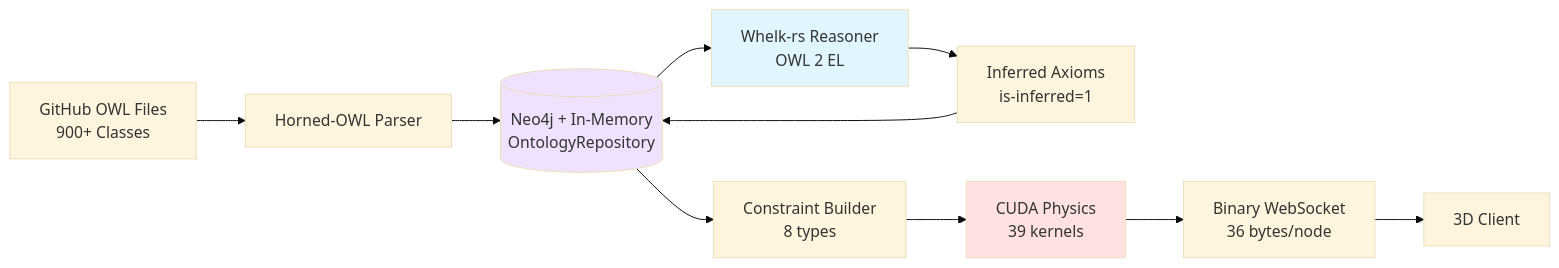
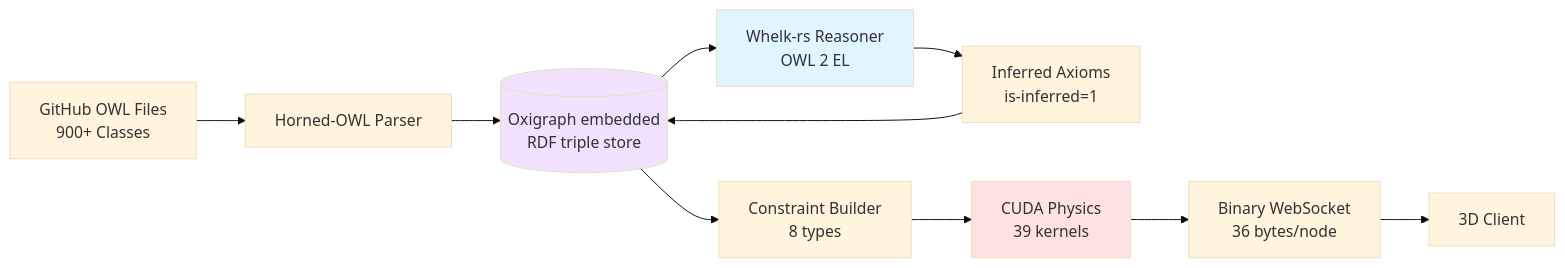
The first of 4 diagrams in docs/explanation/system-overview.md (shaneholloman/logseq-spring-thing), drawn with Mermaid (base theme) before and after one commit. The commit also changed other lines of this file and 58 other files, not shown here.

First line of the commit message:
docs: Neo4j→Oxigraph + webxr→visionclaw alignment, physics controls, health probes

````diff
--- a/docs/explanation/system-overview.md
+++ b/docs/explanation/system-overview.md
@@ -50,16 +50,16 @@
 ```mermaid
 graph LR
     A[GitHub OWL Files<br/>900+ Classes] --> B[Horned-OWL Parser]
-    B --> C[(Neo4j + In-Memory<br/>OntologyRepository)]
+    B --> C[(Oxigraph embedded<br/>RDF triple store)]
     C --> D[Whelk-rs Reasoner<br/>OWL 2 EL]
     D --> E[Inferred Axioms<br/>is-inferred=1]
     E --> C
     C --> F[Constraint Builder<br/>8 types]
     F --> G[CUDA Physics<br/>39 kernels]
     G --> H[Binary WebSocket<br/>36 bytes/node]
     H --> I[3D Client]
 
     style D fill:#e1f5ff
     style G fill:#ffe1e1
     style C fill:#f0e1ff
 ```
````
